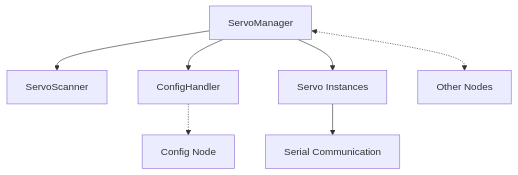
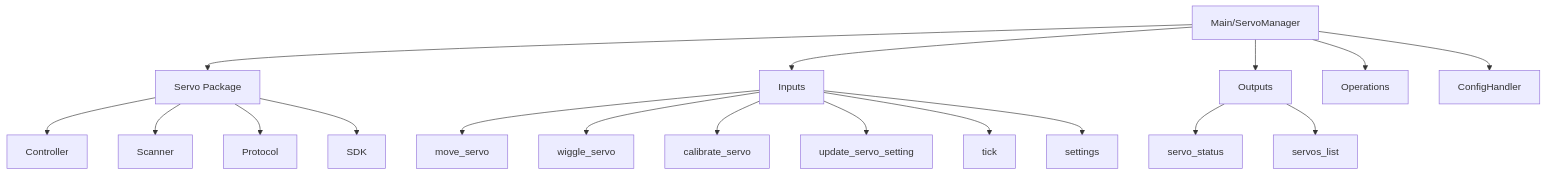
The diagram in nodes/waveshare_servo/README.md (mneuhaus/wall-e-dora), drawn with Mermaid before and after one commit. The commit also changed other lines of this file and 39 other files, not shown here.

````diff
--- a/nodes/waveshare_servo/README.md
+++ b/nodes/waveshare_servo/README.md
@@ -9,9 +9,20 @@
 ```mermaid
 graph TD
-    A[ServoManager] --> B[ServoScanner]
-    A --> C[ConfigHandler]
-    A --> D[Servo Instances]
-    C -.-> E[Config Node]
-    A <-.-> F[Other Nodes]
-    D --> G[Serial Communication]
+    A[Main/ServoManager] --> B[Servo Package]
+    B --> B1[Controller]
+    B --> B2[Scanner]
+    B --> B3[Protocol]
+    B --> B4[SDK]
+    A --> C[Inputs]
+    C --> C1[move_servo]
+    C --> C2[wiggle_servo]
+    C --> C3[calibrate_servo]
+    C --> C4[update_servo_setting]
+    C --> C5[tick]
+    C --> C6[settings]
+    A --> D[Outputs]
+    D --> D1[servo_status]
+    D --> D2[servos_list]
+    A --> E[Operations]
+    A --> F[ConfigHandler]
 ```
````
